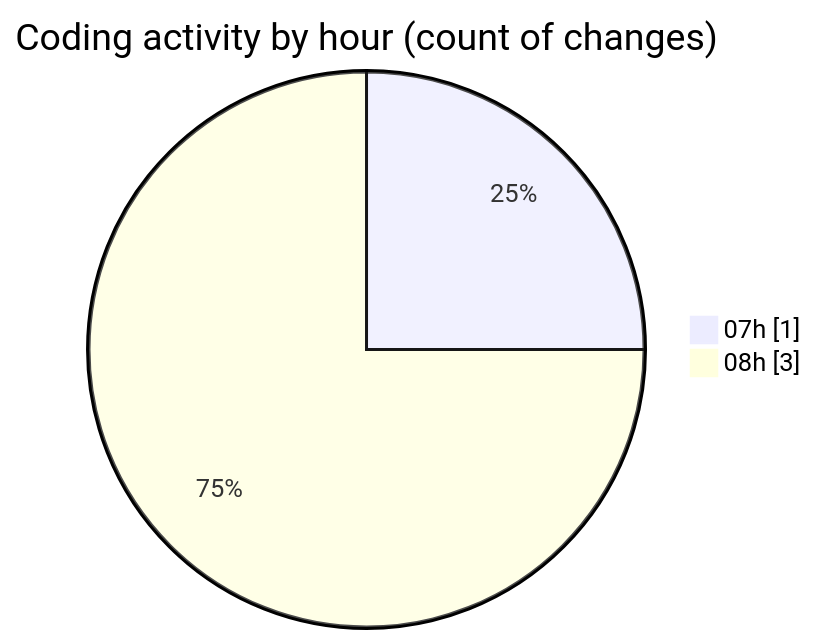
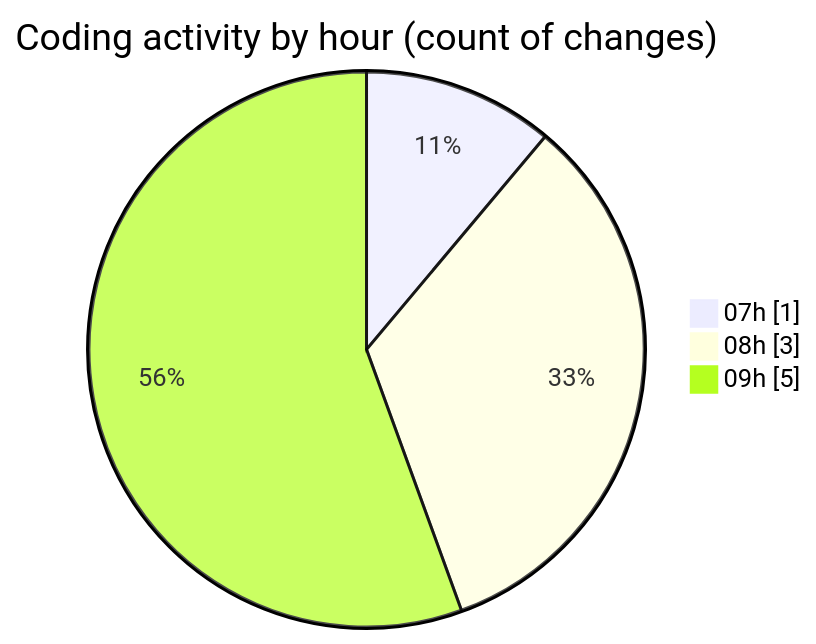
The second of 2 diagrams in 2026-02-02/singularitybrainai/README.md (tmsrecording-cyber/code-tracking), drawn with Mermaid before and after one commit. The commit also changed other lines of this file and 1 other file, not shown here.

````diff
--- a/2026-02-02/singularitybrainai/README.md
+++ b/2026-02-02/singularitybrainai/README.md
@@ -28,6 +28,7 @@
 ```mermaid
 pie showData
 title Coding activity by hour (count of changes)
 "07h" : 1
 "08h" : 3
+"09h" : 5
 ```
````
